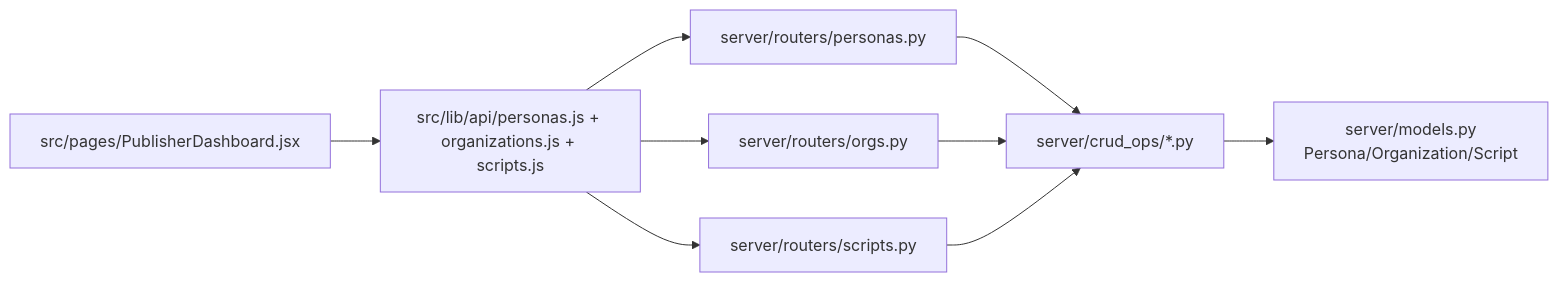
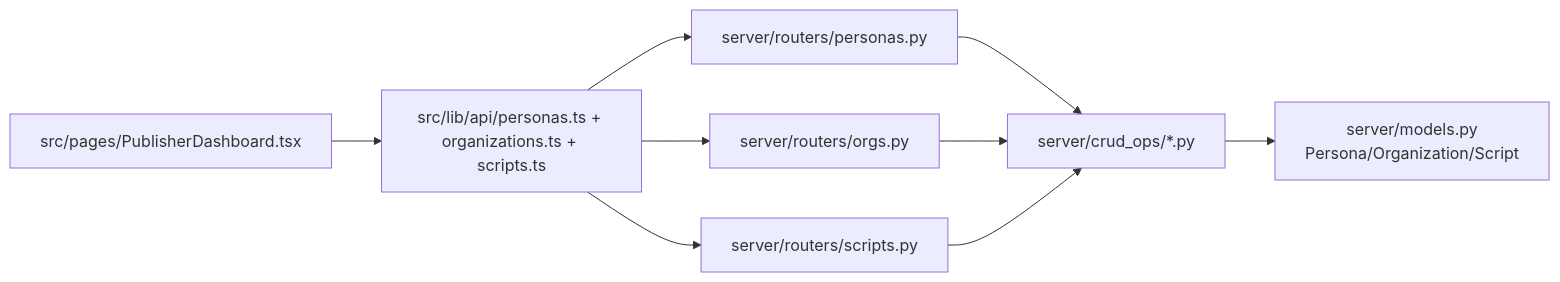
The fourth of 15 diagrams in docs/product/data-flows.md (Shawn-csy/write_project), drawn with Mermaid before and after one commit. The commit also changed other lines of this file and 34 other files, not shown here.

````diff
--- a/docs/product/data-flows.md
+++ b/docs/product/data-flows.md
@@ -61,11 +61,11 @@
 ```mermaid
 flowchart LR
-  A[src/pages/PublisherDashboard.jsx] --> B[src/lib/api/personas.js + organizations.js + scripts.js]
+  A[src/pages/PublisherDashboard.tsx] --> B[src/lib/api/personas.ts + organizations.ts + scripts.ts]
   B --> C[server/routers/personas.py]
   B --> D[server/routers/orgs.py]
   B --> E[server/routers/scripts.py]
   C --> F[server/crud_ops/*.py]
   D --> F
   E --> F
   F --> G[server/models.py\nPersona/Organization/Script]
 ```
````
